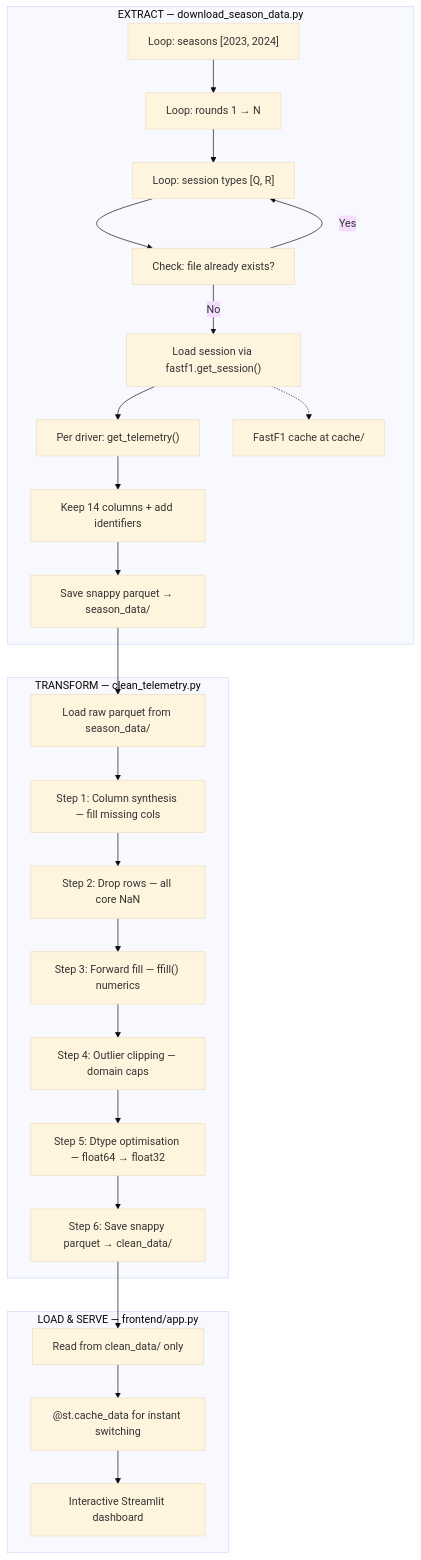
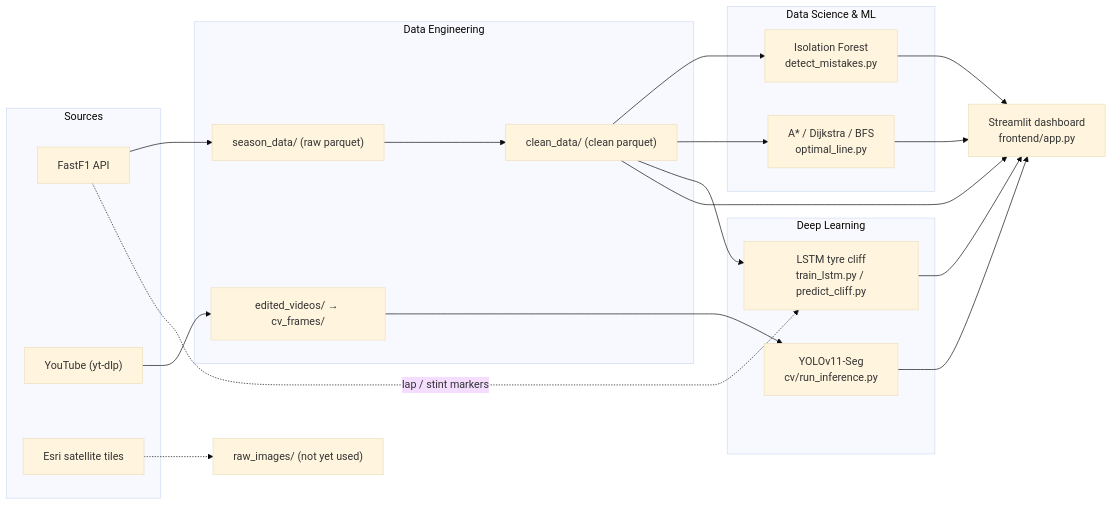
The diagram in docs/PROJECT_DOCUMENTATION.md (ParinShah2312/ApexHunter), drawn with Mermaid (base theme) before and after one commit. The commit also changed other lines of this file and 81 other files, not shown here.

````diff
--- a/docs/PROJECT_DOCUMENTATION.md
+++ b/docs/PROJECT_DOCUMENTATION.md
@@ -121,42 +67,36 @@
 ```mermaid
-flowchart TD
-    subgraph EXTRACT["EXTRACT — download_season_data.py"]
-        E1["Loop: seasons [2023, 2024]"]
-        E2["Loop: rounds 1 → N"]
-        E3["Loop: session types [Q, R]"]
-        E4["Check: file already exists?"]
-        E5["Load session via fastf1.get_session()"]
-        E6["Per driver: get_telemetry()"]
-        E7["Keep 14 columns + add identifiers"]
-        E8["Save snappy parquet → season_data/"]
-        E9["FastF1 cache at cache/"]
-
-        E1 --> E2 --> E3 --> E4
-        E4 -- Yes --> E3
-        E4 -- No --> E5 --> E6 --> E7 --> E8
-        E5 -.-> E9
+flowchart LR
+    subgraph SRC["Sources"]
+        F1["FastF1 API"]
+        YT["YouTube (yt-dlp)"]
+        ESRI["Esri satellite tiles"]
     end
 
-    subgraph TRANSFORM["TRANSFORM — clean_telemetry.py"]
-        T1["Load raw parquet from season_data/"]
-        T2["Step 1: Column synthesis — fill missing cols"]
-        T3["Step 2: Drop rows — all core NaN"]
-        T4["Step 3: Forward fill — ffill() numerics"]
-        T5["Step 4: Outlier clipping — domain caps"]
-        T6["Step 5: Dtype optimisation — float64 → float32"]
-        T7["Step 6: Save snappy parquet → clean_data/"]
-
-        T1 --> T2 --> T3 --> T4 --> T5 --> T6 --> T7
+    subgraph DE["Data Engineering"]
+        RAW["season_data/ (raw parquet)"]
+        CLEAN["clean_data/ (clean parquet)"]
+        VID["edited_videos/ → cv_frames/"]
     end
 
-    subgraph LOAD["LOAD & SERVE — frontend/app.py"]
-        L1["Read from clean_data/ only"]
-        L2["@st.cache_data for instant switching"]
-        L3["Interactive Streamlit dashboard"]
-
-        L1 --> L2 --> L3
+    subgraph DSML["Data Science & ML"]
+        IF["Isolation Forest<br/>detect_mistakes.py"]
+        RL["A* / Dijkstra / BFS<br/>optimal_line.py"]
     end
 
-    E8 --> T1
-    T7 --> L1
+    subgraph DL["Deep Learning"]
+        LSTM["LSTM tyre cliff<br/>train_lstm.py / predict_cliff.py"]
+        YOLO["YOLOv11-Seg<br/>cv/run_inference.py"]
+    end
+
+    UI["Streamlit dashboard<br/>frontend/app.py"]
+
+    F1 --> RAW --> CLEAN
+    YT --> VID
+    CLEAN --> IF --> UI
+    CLEAN --> RL --> UI
+    CLEAN --> LSTM --> UI
+    F1 -. lap / stint markers .-> LSTM
+    VID --> YOLO --> UI
+    CLEAN --> UI
+    ESRI -.-> SAT["raw_images/ (not yet used)"]
 ```
````
